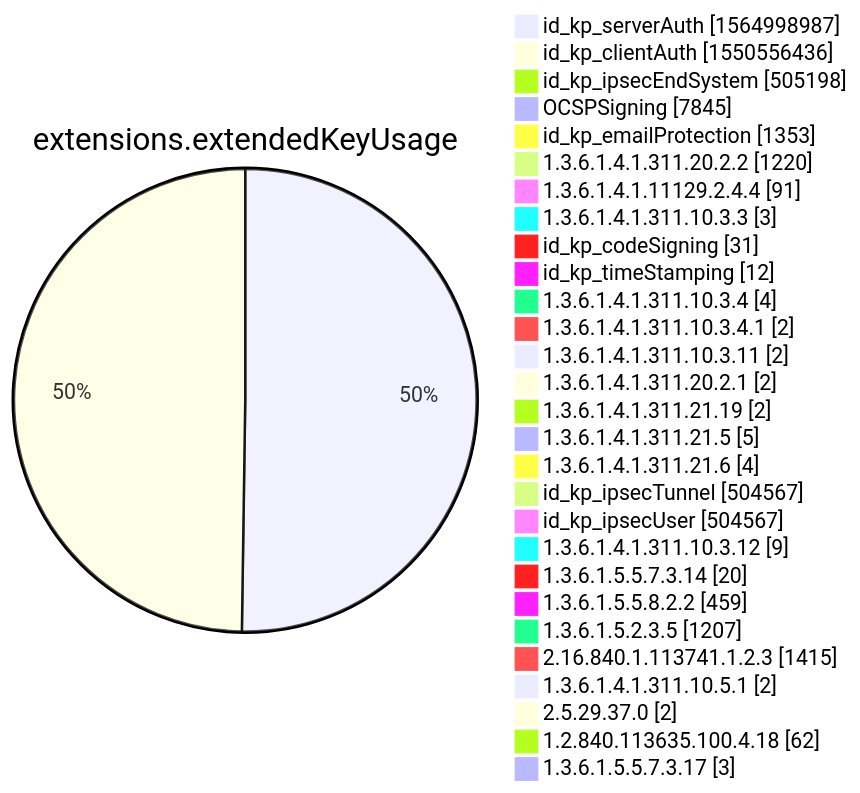
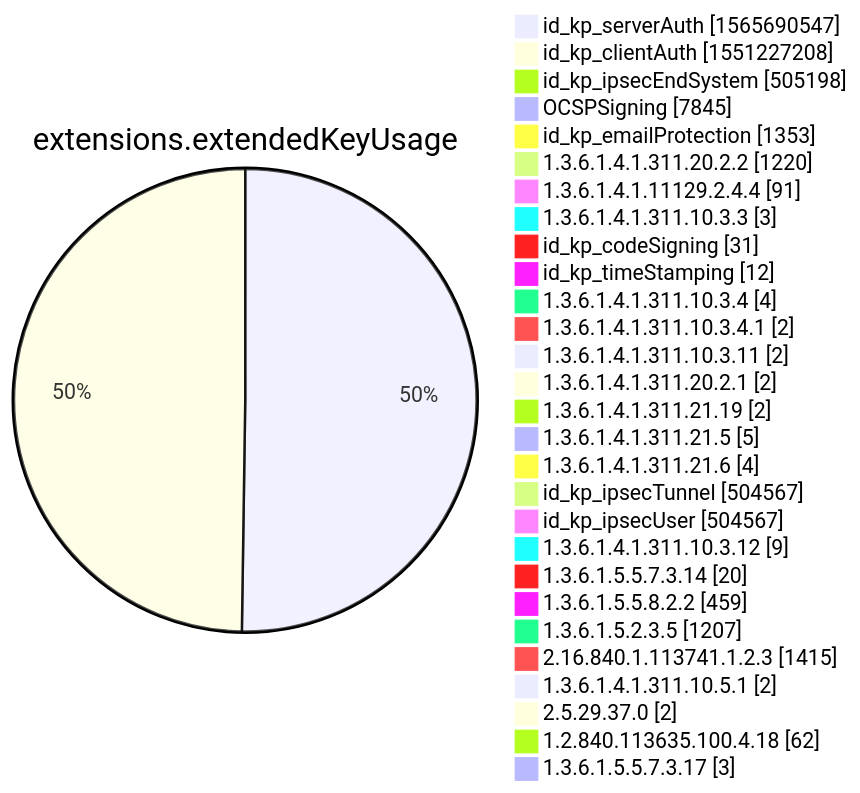
One commit to christiankrug/ctmonitor_visualization changed diagram 12 of 15 in xenon2022/README.md. Above: the diagram before and after it, drawn with Mermaid. The commit also changed other lines of this file, not shown here.

````diff
--- a/xenon2022/README.md
+++ b/xenon2022/README.md
@@ -3883,32 +3883,32 @@
 ```mermaid
 pie showData
 title extensions.extendedKeyUsage
-"id_kp_serverAuth" :1564998987
-"id_kp_clientAuth" :1550556436
+"id_kp_serverAuth" :1565690547
+"id_kp_clientAuth" :1551227208
 "id_kp_ipsecEndSystem" :505198
 "OCSPSigning" :7845
 "id_kp_emailProtection" :1353
 "1.3.6.1.4.1.311.20.2.2" :1220
 "1.3.6.1.4.1.11129.2.4.4" :91
 "1.3.6.1.4.1.311.10.3.3" :3
 "id_kp_codeSigning" :31
 "id_kp_timeStamping" :12
 "1.3.6.1.4.1.311.10.3.4" :4
 "1.3.6.1.4.1.311.10.3.4.1" :2
 "1.3.6.1.4.1.311.10.3.11" :2
 "1.3.6.1.4.1.311.20.2.1" :2
 "1.3.6.1.4.1.311.21.19" :2
 "1.3.6.1.4.1.311.21.5" :5
 "1.3.6.1.4.1.311.21.6" :4
 "id_kp_ipsecTunnel" :504567
 "id_kp_ipsecUser" :504567
 "1.3.6.1.4.1.311.10.3.12" :9
 "1.3.6.1.5.5.7.3.14" :20
 "1.3.6.1.5.5.8.2.2" :459
 "1.3.6.1.5.2.3.5" :1207
 "2.16.840.1.113741.1.2.3" :1415
 "1.3.6.1.4.1.311.10.5.1" :2
 "2.5.29.37.0" :2
 "1.2.840.113635.100.4.18" :62
 "1.3.6.1.5.5.7.3.17" :3
 ```
````
